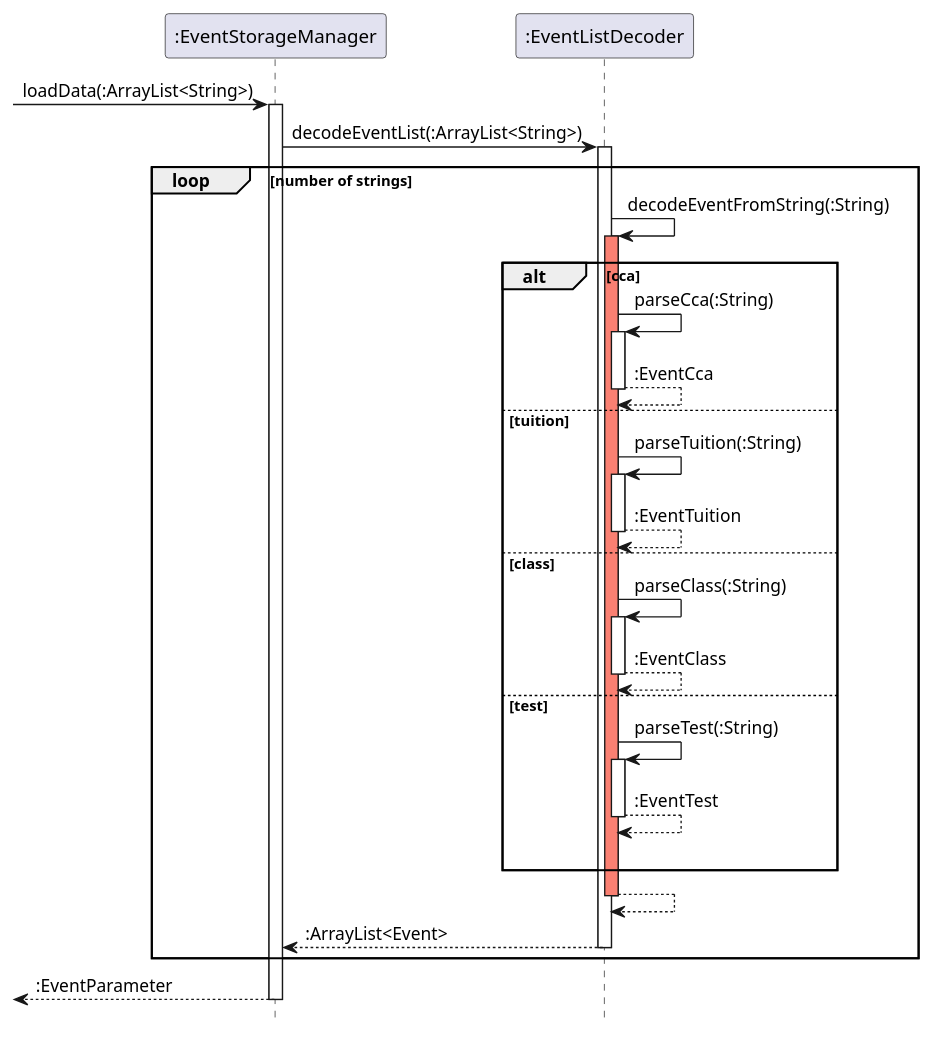
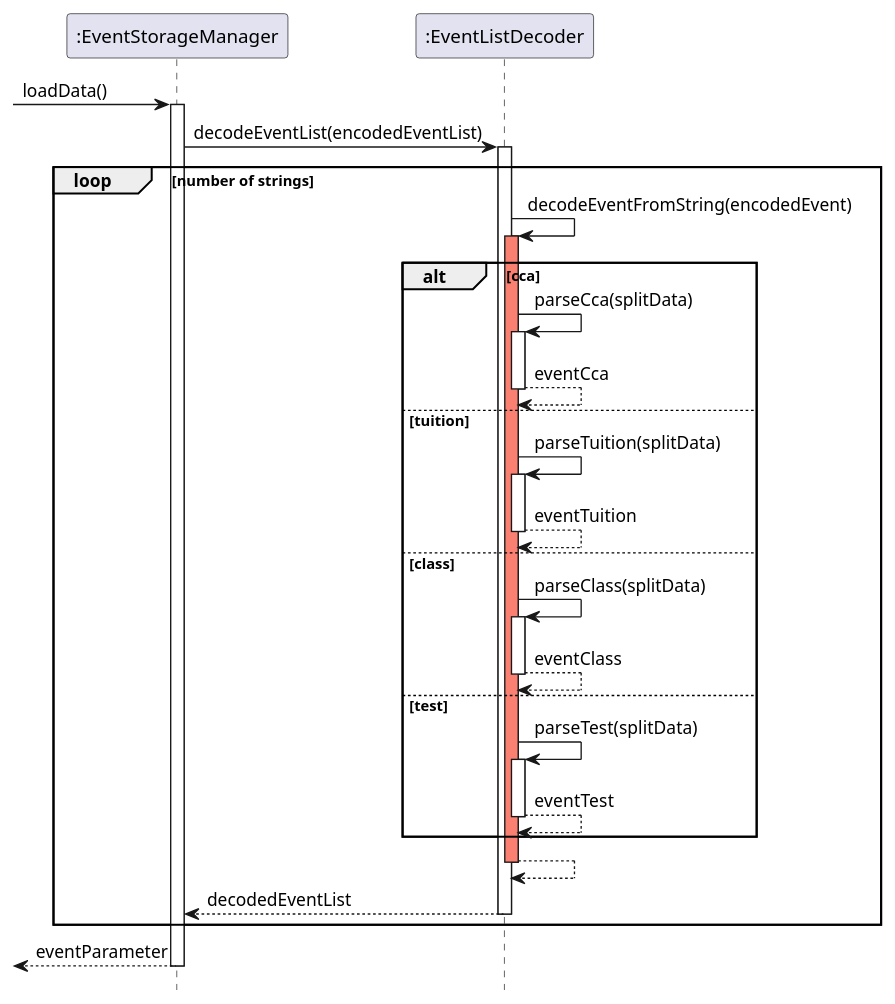
Before and after one commit to untitle4/tp: the diagram in docs/plantuml/EventStorageReadSequence.puml, drawn with PlantUML. The commit also changed 4 other files, not shown here.

Commit message:
Update diagrams

```diff
--- a/docs/plantuml/EventStorageReadSequence.puml
+++ b/docs/plantuml/EventStorageReadSequence.puml
@@ -1,41 +1,40 @@
 @startuml
 hide footbox
 
--> ":EventStorageManager" : loadData(:ArrayList<String>)
+-> ":EventStorageManager" : loadData()
 activate ":EventStorageManager"
-":EventStorageManager" -> ":EventListDecoder" : decodeEventList(:ArrayList<String>)
+":EventStorageManager" -> ":EventListDecoder" : decodeEventList(encodedEventList)
 activate ":EventListDecoder"
 
 loop number of strings
-":EventListDecoder" -> ":EventListDecoder" : decodeEventFromString(:String)
+":EventListDecoder" -> ":EventListDecoder" : decodeEventFromString(encodedEvent)
 activate ":EventListDecoder" #salmon
 alt cca
-":EventListDecoder" -> ":EventListDecoder" : parseCca(:String)
+":EventListDecoder" -> ":EventListDecoder" : parseCca(splitData)
 activate ":EventListDecoder"
-":EventListDecoder" --> ":EventListDecoder" : :EventCca
+":EventListDecoder" --> ":EventListDecoder" : eventCca
 deactivate ":EventListDecoder"
 else tuition
-":EventListDecoder" -> ":EventListDecoder" : parseTuition(:String)
+":EventListDecoder" -> ":EventListDecoder" : parseTuition(splitData)
 activate ":EventListDecoder"
-":EventListDecoder" --> ":EventListDecoder" : :EventTuition
+":EventListDecoder" --> ":EventListDecoder" : eventTuition
 deactivate ":EventListDecoder"
 else class
-":EventListDecoder" -> ":EventListDecoder" : parseClass(:String)
+":EventListDecoder" -> ":EventListDecoder" : parseClass(splitData)
 activate ":EventListDecoder"
-":EventListDecoder" --> ":EventListDecoder" : :EventClass
+":EventListDecoder" --> ":EventListDecoder" : eventClass
 deactivate ":EventListDecoder"
 else test
-":EventListDecoder" -> ":EventListDecoder" : parseTest(:String)
+":EventListDecoder" -> ":EventListDecoder" : parseTest(splitData)
 activate ":EventListDecoder"
-":EventListDecoder" --> ":EventListDecoder" : :EventTest
+":EventListDecoder" --> ":EventListDecoder" : eventTest
 deactivate ":EventListDecoder"
-|||
 end alt
 ":EventListDecoder" --> ":EventListDecoder"
 deactivate ":EventListDecoder"
-":EventListDecoder" --> ":EventStorageManager" : :ArrayList<Event>
+":EventListDecoder" --> ":EventStorageManager" : decodedEventList
 deactivate ":EventListDecoder"
 end loop
-<-- ":EventStorageManager" : :EventParameter
+<-- ":EventStorageManager" : eventParameter
 deactivate ":EventStorageManager"
 @enduml
```
